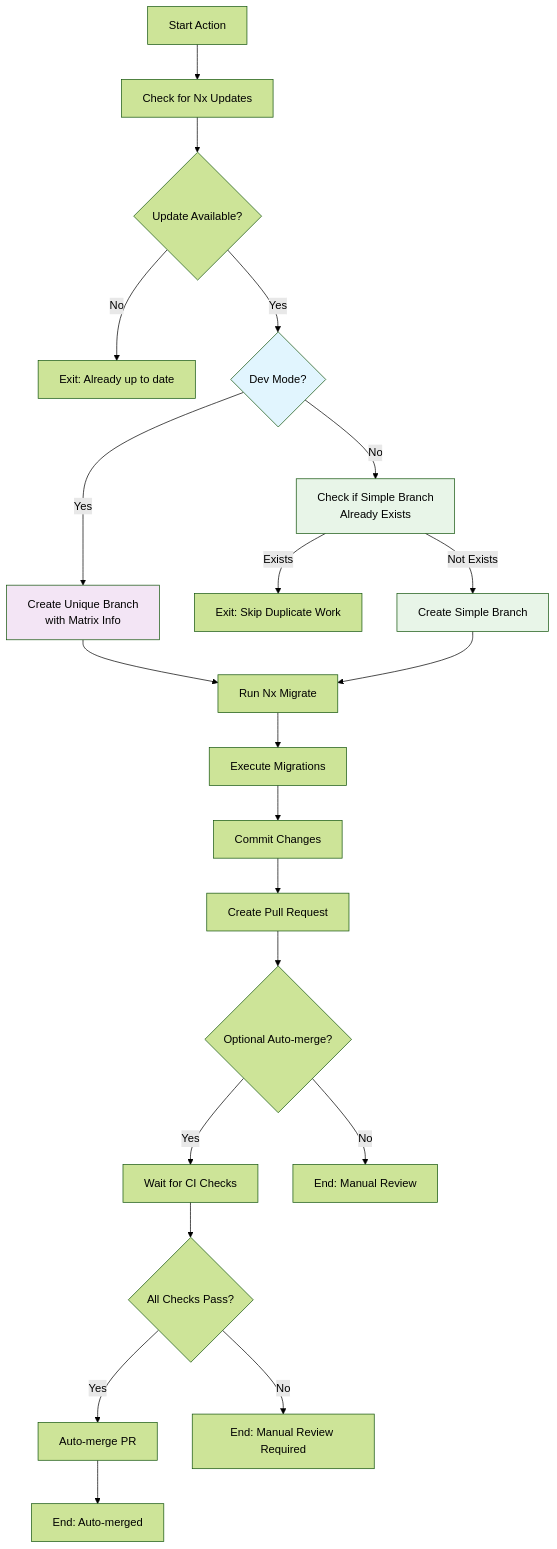
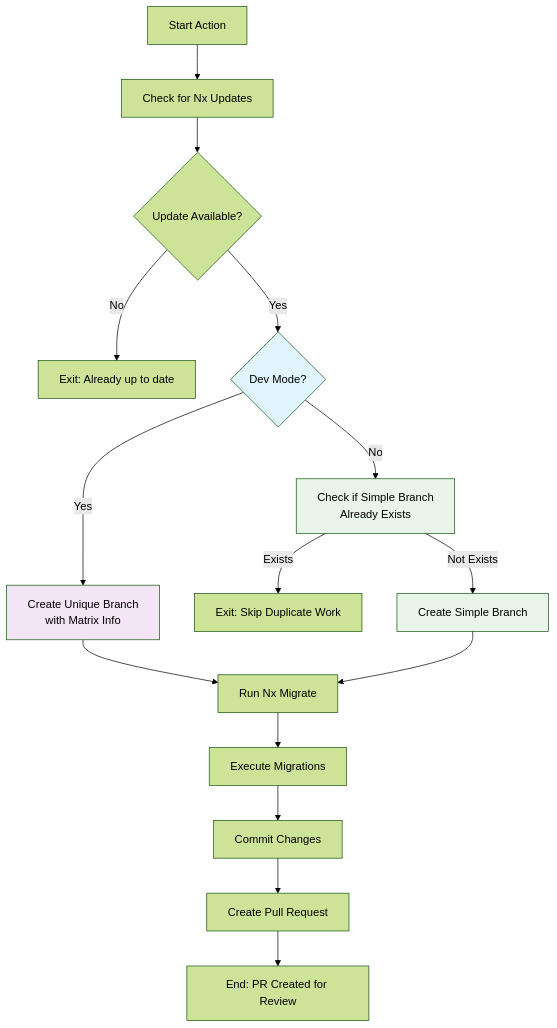
The diagram in README.md (gridatek/nx-migrate-action), drawn with Mermaid (forest theme) before and after one commit. The commit also changed other lines of this file and 2 other files, not shown here.

````diff
--- a/README.md
+++ b/README.md
@@ -331,31 +330,25 @@
 ```mermaid
 flowchart TD
     A[Start Action] --> B[Check for Nx Updates]
     B --> C{Update Available?}
     C -->|No| D[Exit: Already up to date]
     C -->|Yes| E{Dev Mode?}
 
     E -->|Yes| F[Create Unique Branch<br/>with Matrix Info]
     E -->|No| G[Check if Simple Branch<br/>Already Exists]
 
     G -->|Exists| H[Exit: Skip Duplicate Work]
     G -->|Not Exists| I[Create Simple Branch]
 
     F --> J[Run Nx Migrate]
     I --> J
     J --> K[Execute Migrations]
     K --> L[Commit Changes]
     L --> P[Create Pull Request]
-    P --> Q{Optional Auto-merge?}
-    Q -->|Yes| R[Wait for CI Checks]
-    Q -->|No| S[End: Manual Review]
-    R --> T{All Checks Pass?}
-    T -->|Yes| U[Auto-merge PR]
-    T -->|No| V[End: Manual Review Required]
-    U --> W[End: Auto-merged]
+    P --> S[End: PR Created for Review]
 
     style E fill:#e1f5fe
     style F fill:#f3e5f5
     style G fill:#e8f5e8
     style I fill:#e8f5e8
 ```
````
